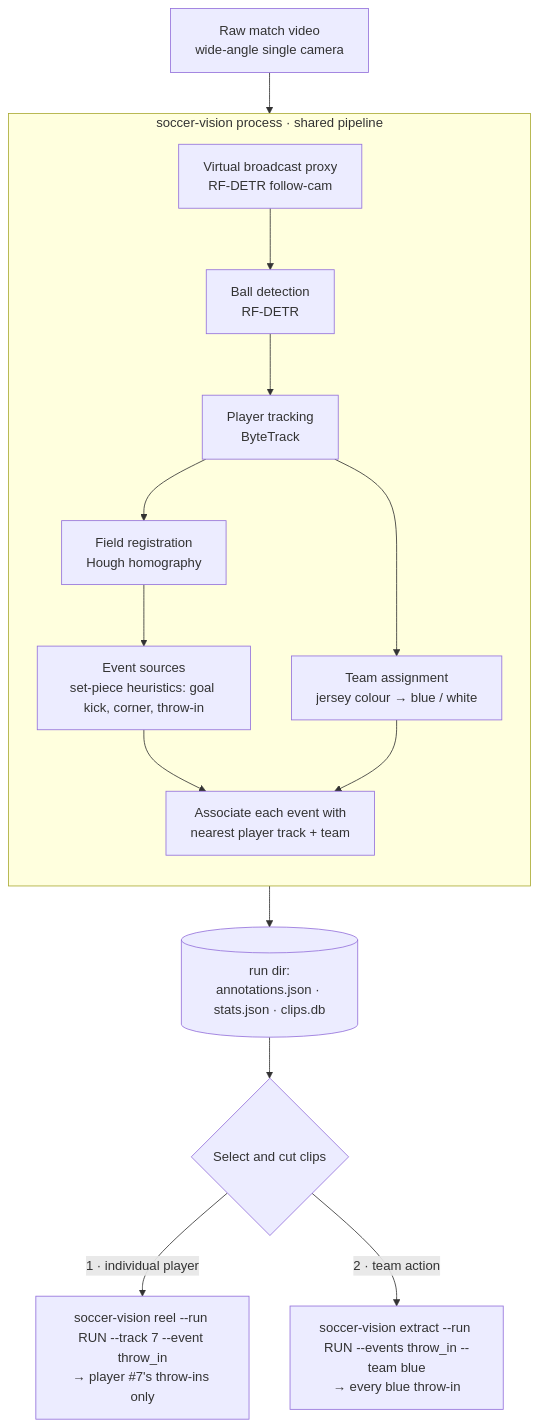
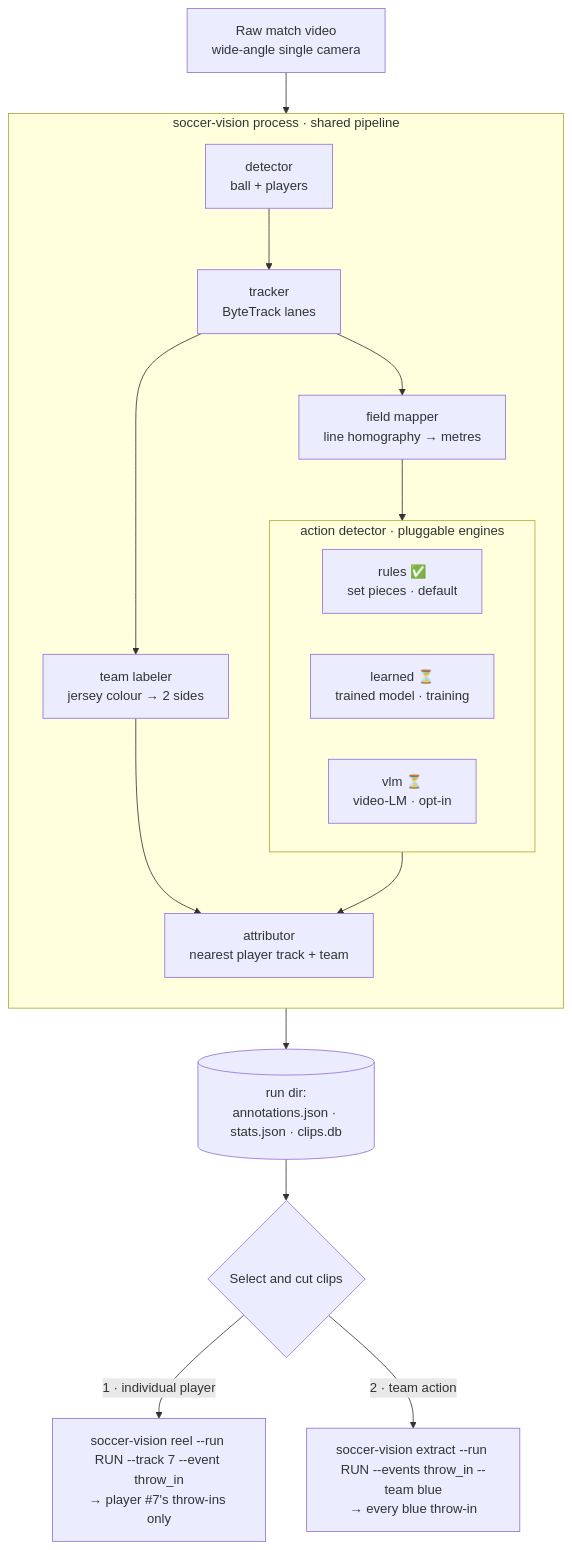
One commit to bw4sz/soccer-video-analysis changed the diagram in README.md. Above: the diagram before and after it, drawn with Mermaid. The commit also changed other lines of this file and 5 other files, not shown here.

````diff
--- a/README.md
+++ b/README.md
@@ -57,21 +59,26 @@
 ```mermaid
 flowchart TD
     RAW[Raw match video<br/>wide-angle single camera] --> PROC
 
     subgraph PROC["soccer-vision process · shared pipeline"]
       direction TB
-      S2[Virtual broadcast proxy<br/>RF-DETR follow-cam] --> S3[Ball detection<br/>RF-DETR]
-      S3 --> S4[Player tracking<br/>ByteTrack]
-      S4 --> S5[Field registration<br/>Hough homography]
-      S4 --> TEAM[Team assignment<br/>jersey colour → blue / white]
-      S5 --> EV[Event sources<br/>set-piece heuristics: goal kick, corner, throw-in]
-      EV --> ASSOC[Associate each event with<br/>nearest player track + team]
-      TEAM --> ASSOC
+      DET[detector<br/>ball + players] --> TRK[tracker<br/>ByteTrack lanes]
+      TRK --> TEAM[team labeler<br/>jersey colour → 2 sides]
+      TRK --> FIELD[field mapper<br/>line homography → metres]
+      FIELD --> ACT
+      subgraph ACT["action detector · pluggable engines"]
+        direction LR
+        E1["rules ✅<br/>set pieces · default"]
+        E2["learned ⏳<br/>trained model · training"]
+        E3["vlm ⏳<br/>video-LM · opt-in"]
+      end
+      ACT --> ATTR[attributor<br/>nearest player track + team]
+      TEAM --> ATTR
     end
 
     PROC --> RUN[(run dir:<br/>annotations.json · stats.json · clips.db)]
     RUN --> Q{Select and cut clips}
 
     Q -->|"1 · individual player"| IND["soccer-vision reel --run RUN --track 7 --event throw_in<br/>→ player #7's throw-ins only"]
     Q -->|"2 · team action"| GRP["soccer-vision extract --run RUN --events throw_in --team blue<br/>→ every blue throw-in"]
 ```
````
